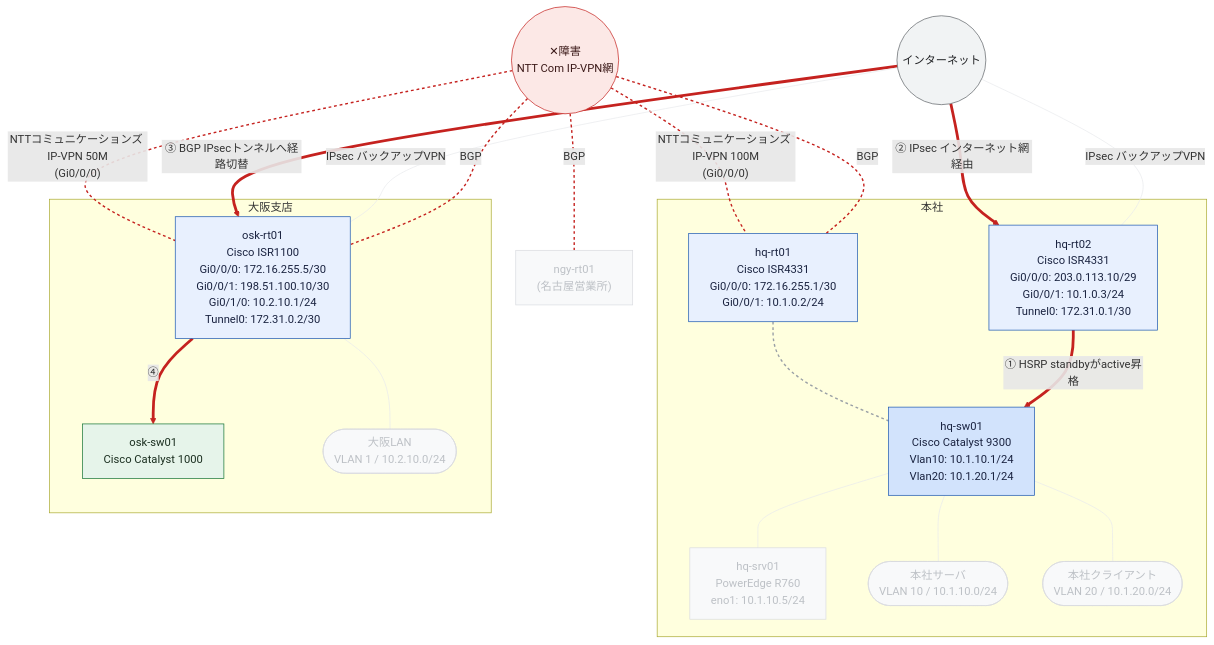
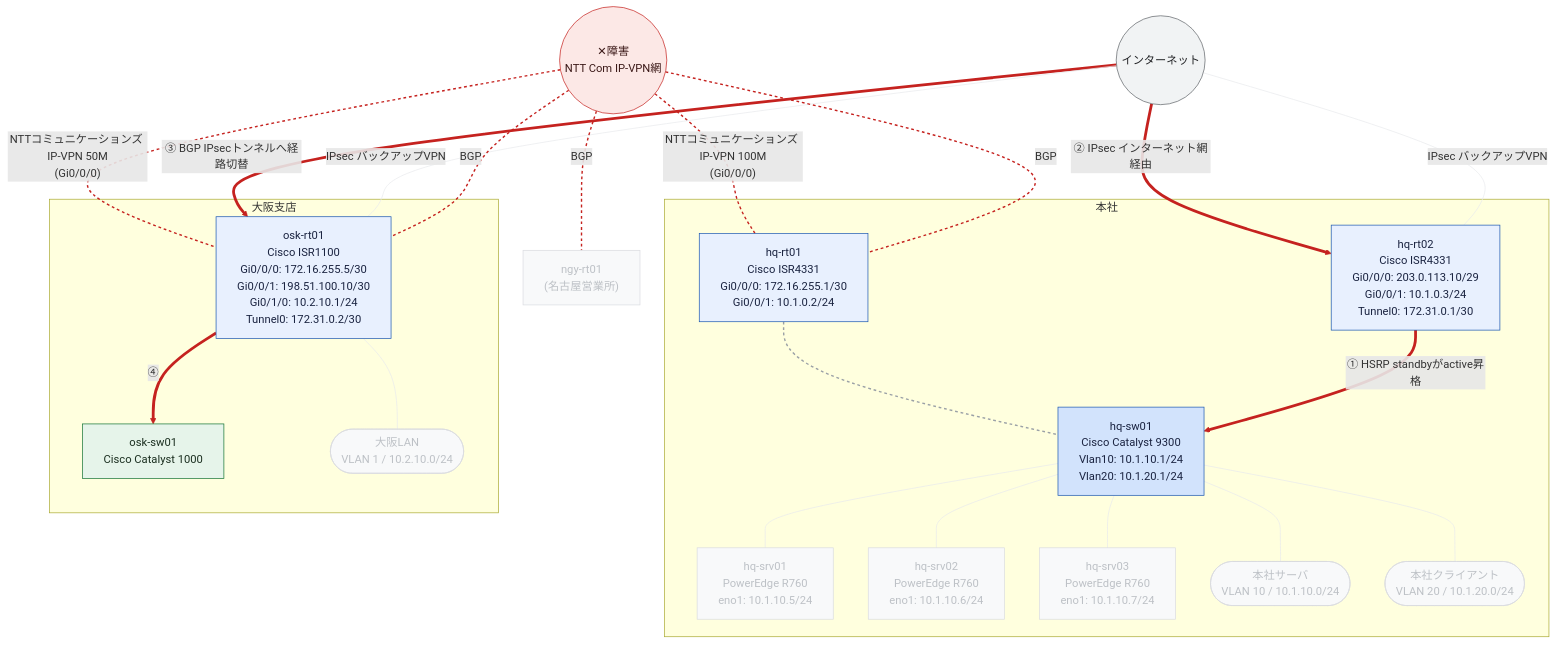
Before and after one commit to thinas1115/nwdsl: the diagram in examples/sample-corp/generated/path-ipvpn-fail.mmd, drawn with Mermaid. The commit also changed 25 other files, not shown here.

```diff
--- a/examples/sample-corp/generated/path-ipvpn-fail.mmd
+++ b/examples/sample-corp/generated/path-ipvpn-fail.mmd
@@ -1,55 +1,59 @@
 flowchart TB
   subgraph sg_hq["本社"]
     hq_rt01["hq-rt01<br>Cisco ISR4331<br>Gi0/0/0: 172.16.255.1/30<br>Gi0/0/1: 10.1.0.2/24"]
     hq_sw01["hq-sw01<br>Cisco Catalyst 9300<br>Vlan10: 10.1.10.1/24<br>Vlan20: 10.1.20.1/24"]
     hq_rt02["hq-rt02<br>Cisco ISR4331<br>Gi0/0/0: 203.0.113.10/29<br>Gi0/0/1: 10.1.0.3/24<br>Tunnel0: 172.31.0.1/30"]
     hq_srv01["hq-srv01<br>PowerEdge R760<br>eno1: 10.1.10.5/24"]
+    hq_srv02["hq-srv02<br>PowerEdge R760<br>eno1: 10.1.10.6/24"]
+    hq_srv03["hq-srv03<br>PowerEdge R760<br>eno1: 10.1.10.7/24"]
     seg__hq_server(["本社サーバ<br>VLAN 10 / 10.1.10.0/24"])
     seg__hq_client(["本社クライアント<br>VLAN 20 / 10.1.20.0/24"])
   end
   subgraph sg_osk["大阪支店"]
     osk_rt01["osk-rt01<br>Cisco ISR1100<br>Gi0/0/0: 172.16.255.5/30<br>Gi0/0/1: 198.51.100.10/30<br>Gi0/1/0: 10.2.10.1/24<br>Tunnel0: 172.31.0.2/30"]
     osk_sw01["osk-sw01<br>Cisco Catalyst 1000"]
     seg__osk_lan(["大阪LAN<br>VLAN 1 / 10.2.10.0/24"])
   end
   ipvpn(("✕障害<br>NTT Com IP-VPN網"))
   internet(("インターネット"))
   ngy_rt01["ngy-rt01<br>(名古屋営業所)"]
   hq_rt01 --- hq_sw01
   hq_rt02 -->|"① HSRP standbyがactive昇格"| hq_sw01
   osk_rt01 -->|"④"| osk_sw01
   hq_sw01 --- hq_srv01
+  hq_sw01 --- hq_srv02
+  hq_sw01 --- hq_srv03
   ipvpn ---|"NTTコミュニケーションズ IP-VPN 100M<br>(Gi0/0/0)"| hq_rt01
   ipvpn ---|"NTTコミュニケーションズ IP-VPN 50M<br>(Gi0/0/0)"| osk_rt01
   internet -->|"② IPsec インターネット網経由"| hq_rt02
   internet -->|"③ BGP IPsecトンネルへ経路切替"| osk_rt01
   internet ---|"IPsec バックアップVPN"| hq_rt02
   internet ---|"IPsec バックアップVPN"| osk_rt01
   ipvpn ---|"BGP"| hq_rt01
   ipvpn ---|"BGP"| osk_rt01
   ipvpn ---|"BGP"| ngy_rt01
   hq_sw01 --- seg__hq_server
   hq_sw01 --- seg__hq_client
   osk_rt01 --- seg__osk_lan
 
   classDef node_dim fill:#f8f9fa,stroke:#dadce0,color:#bdc1c6
   classDef node_failed fill:#fce8e6,stroke:#c5221f,color:#3c1a19
   classDef role_router fill:#e8f0fe,stroke:#1a56b0,color:#1a2340
   classDef role_l3switch fill:#d2e3fc,stroke:#1a56b0,color:#1a2340
   classDef role_l2switch fill:#e6f4ea,stroke:#137333,color:#1a2e1f
   classDef role_firewall fill:#fce8e6,stroke:#c5221f,color:#3c1a19
   classDef role_other fill:#f1f3f4,stroke:#5f6368,color:#202124
   classDef node_cloud fill:#f1f3f4,stroke:#5f6368,color:#202124
   classDef node_site fill:#fff8e1,stroke:#b58105,color:#4a3a08
   classDef node_segment fill:#e2f5f0,stroke:#0f766e,color:#0b3d38
   classDef node_external fill:#ffffff,stroke:#9aa0a6,stroke-dasharray:3 3,color:#5f6368
   class hq_rt01,hq_rt02,osk_rt01 role_router
   class hq_sw01 role_l3switch
   class osk_sw01 role_l2switch
-  class hq_srv01,ngy_rt01,seg__hq_server,seg__hq_client,seg__osk_lan node_dim
+  class hq_srv01,hq_srv02,hq_srv03,ngy_rt01,seg__hq_server,seg__hq_client,seg__osk_lan node_dim
   class ipvpn node_failed
   class internet node_cloud
   linkStyle 0 stroke:#9aa0a6,stroke-width:2px,stroke-dasharray:4 4
-  linkStyle 1,2,6,7 stroke:#c5221f,stroke-width:4px
-  linkStyle 3,8,9,13,14,15 stroke:#e8eaed,stroke-width:1px
-  linkStyle 4,5,10,11,12 stroke:#c5221f,stroke-width:2px,stroke-dasharray:4 4
+  linkStyle 1,2,8,9 stroke:#c5221f,stroke-width:4px
+  linkStyle 3,4,5,10,11,15,16,17 stroke:#e8eaed,stroke-width:1px
+  linkStyle 6,7,12,13,14 stroke:#c5221f,stroke-width:2px,stroke-dasharray:4 4
```
